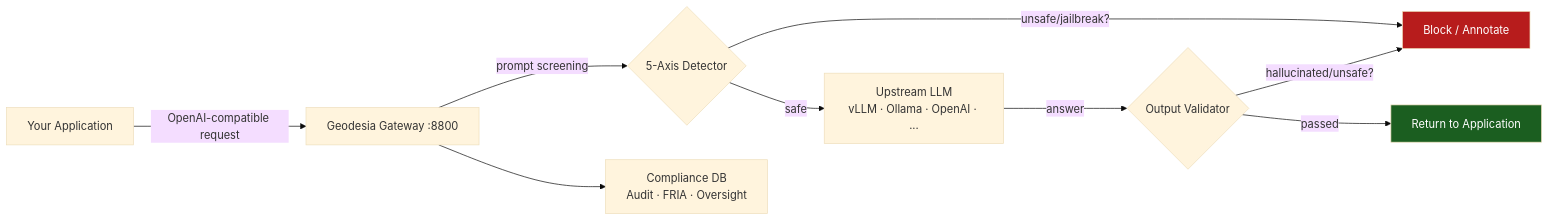
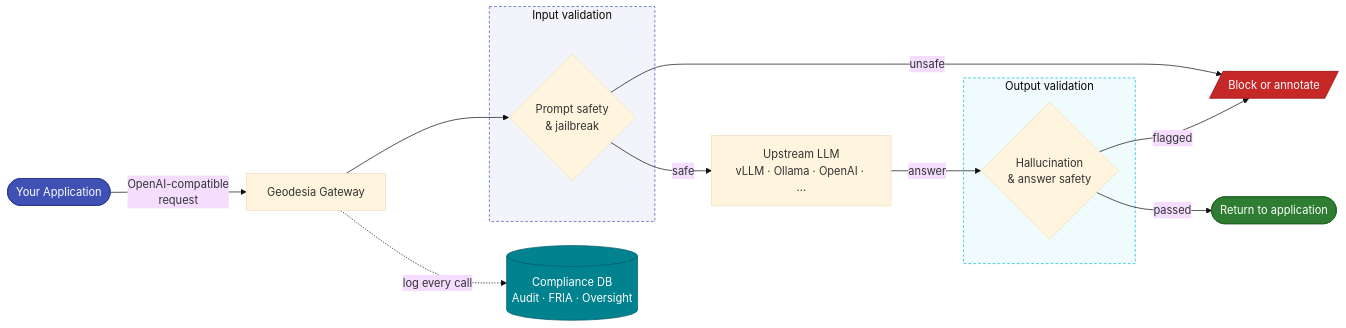
Before and after one commit to geodesia-ai/geodesia-docs: the diagram in docs/index.md, drawn with Mermaid (base theme). The commit also changed other lines of this file and 13 other files, not shown here.

First line of the commit message:
docs: add brand logo/favicon + polished Mermaid diagrams

````diff
--- a/docs/index.md
+++ b/docs/index.md
@@ -68,13 +68,26 @@
 ```mermaid
-graph LR
-    A[Your Application] -->|OpenAI-compatible request| B[Geodesia Gateway :8800]
-    B -->|prompt screening| C{5-Axis Detector}
-    C -->|unsafe/jailbreak?| D[Block / Annotate]
-    C -->|safe| E[Upstream LLM\nvLLM · Ollama · OpenAI · ...]
-    E -->|answer| C2{Output Validator}
-    C2 -->|hallucinated/unsafe?| D
-    C2 -->|passed| F[Return to Application]
-    B --> G[Compliance DB\nAudit · FRIA · Oversight]
-    style D fill:#b71c1c,color:#fff
-    style F fill:#1b5e20,color:#fff
+flowchart LR
+    A([Your Application]):::app -->|OpenAI-compatible<br/>request| B[Geodesia Gateway]
+
+    subgraph IN [" Input validation "]
+        C{Prompt safety<br/>& jailbreak}
+    end
+    subgraph OUT [" Output validation "]
+        V{Hallucination<br/>& answer safety}
+    end
+
+    B --> C
+    C -->|safe| E[Upstream LLM<br/>vLLM · Ollama · OpenAI · …]
+    C -->|unsafe| D[/Block or annotate/]:::block
+    E -->|answer| V
+    V -->|flagged| D
+    V -->|passed| F([Return to application]):::pass
+    B -.->|log every call| G[(Compliance DB<br/>Audit · FRIA · Oversight)]:::db
+
+    classDef app fill:#3f51b5,color:#fff,stroke:#283593;
+    classDef block fill:#c62828,color:#fff,stroke:#8e0000;
+    classDef pass fill:#2e7d32,color:#fff,stroke:#1b5e20;
+    classDef db fill:#00838f,color:#fff,stroke:#005662;
+    style IN fill:#3f51b510,stroke:#3f51b5,stroke-dasharray:4 3;
+    style OUT fill:#00bcd410,stroke:#00bcd4,stroke-dasharray:4 3;
 ```
````
